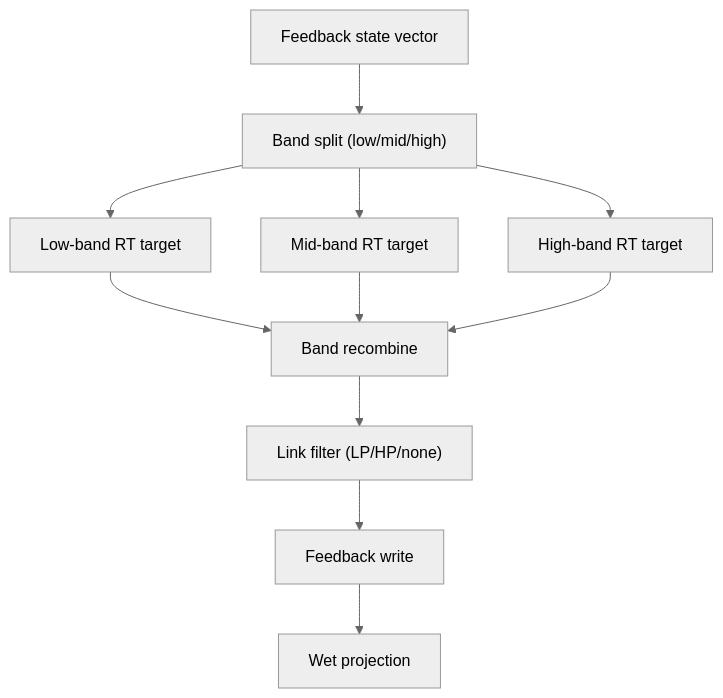
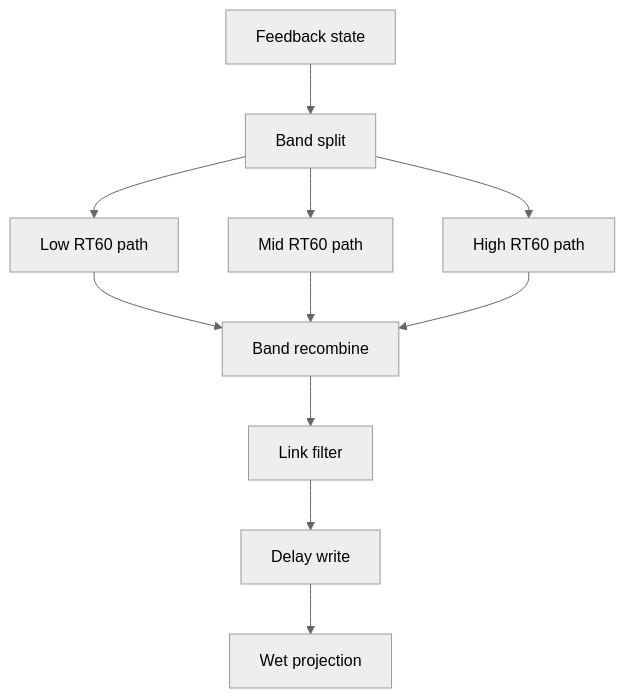
Diagram 11 of 15 in README.md (TheColby/verbx), drawn with Mermaid (neutral theme) before and after one commit. The commit also changed other lines of this file, not shown here.

Commit message:
docs: improve FDN diagrams and add detailed DSP flow section

````diff
--- a/README.md
+++ b/README.md
@@ -1574,13 +1579,13 @@
 ```mermaid
 flowchart TD
-  A["Feedback state vector"] --> B["Band split (low/mid/high)"]
-  B --> C["Low-band RT target"]
-  B --> D["Mid-band RT target"]
-  B --> E["High-band RT target"]
-  C --> F["Band recombine"]
-  D --> F
-  E --> F
-  F --> G["Link filter (LP/HP/none)"]
-  G --> H["Feedback write"]
-  H --> I["Wet projection"]
+  FB["Feedback state"] --> SPLIT["Band split"]
+  SPLIT --> L["Low RT60 path"]
+  SPLIT --> M["Mid RT60 path"]
+  SPLIT --> H["High RT60 path"]
+  L --> JOIN["Band recombine"]
+  M --> JOIN
+  H --> JOIN
+  JOIN --> FILT["Link filter"]
+  FILT --> WR["Delay write"]
+  WR --> WET["Wet projection"]
 ```
````
